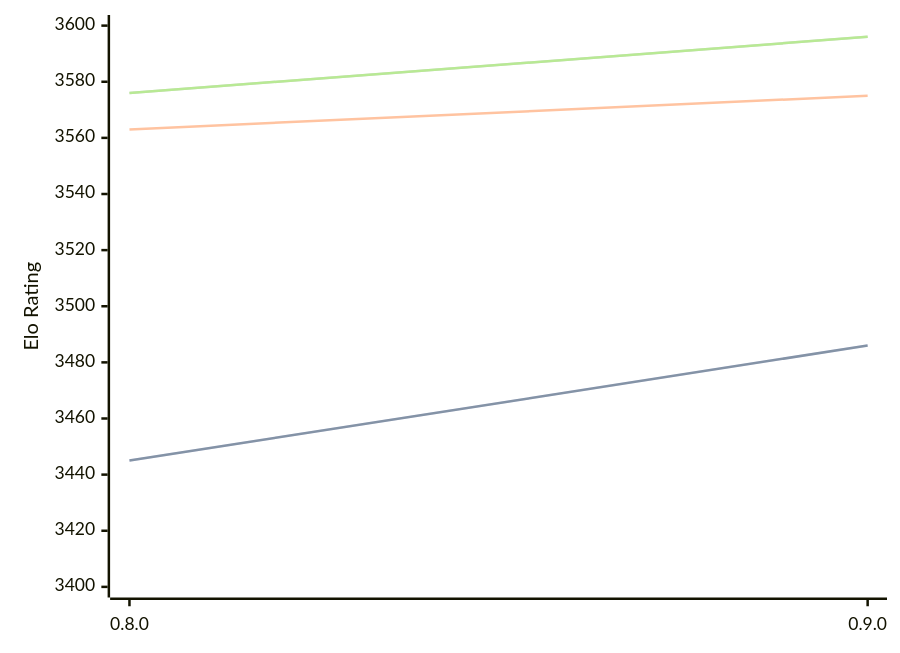
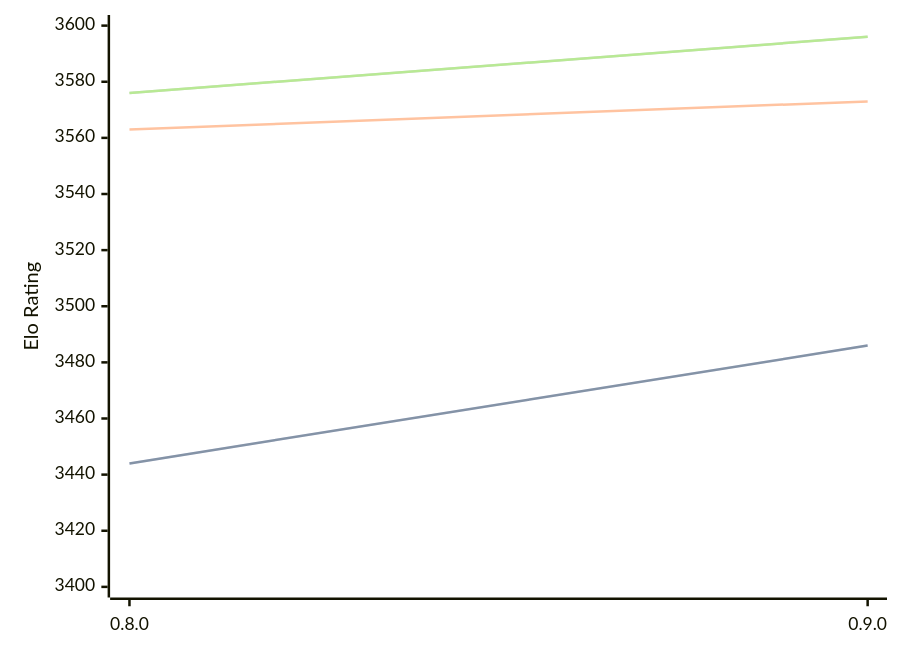
One commit to computer-chess-index/cci changed the diagram in engines/Reckless.md. Above: the diagram before and after it, drawn with Mermaid. The commit also changed other lines of this file, not shown here.

````diff
--- a/engines/Reckless.md
+++ b/engines/Reckless.md
@@ -32,11 +32,11 @@
 ```mermaid
 %%{init: {"theme":"base","themeVariables":{"seriesColors:['#a3a3a3','#222221','#faa371']}}}%%
 xychart-beta
   x-axis ["0.8.0", "0.9.0"]
   y-axis "Elo Rating" 3400 --> 3600
-  line "" [3445, 3486]
-  line "STC (8.0+0.08s)" [3445, 3486]
-  line "LTC (60.0+0.60s)" [3563, 3575]
+  line "" [3444, 3486]
+  line "STC (8.0+0.08s)" [3444, 3486]
+  line "LTC (60.0+0.60s)" [3563, 3573]
   line "" [3576, 3596]
   line "VLTC (2m24s+1.12s)" [3576, 3596]
 ```
````
